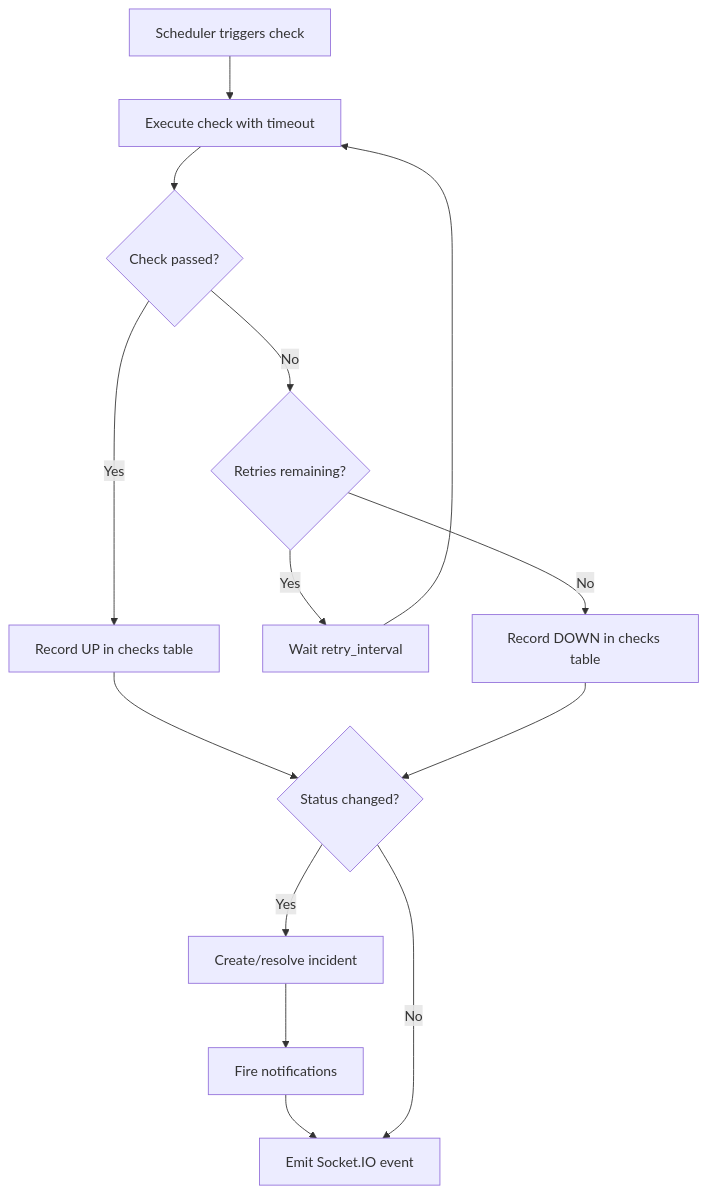
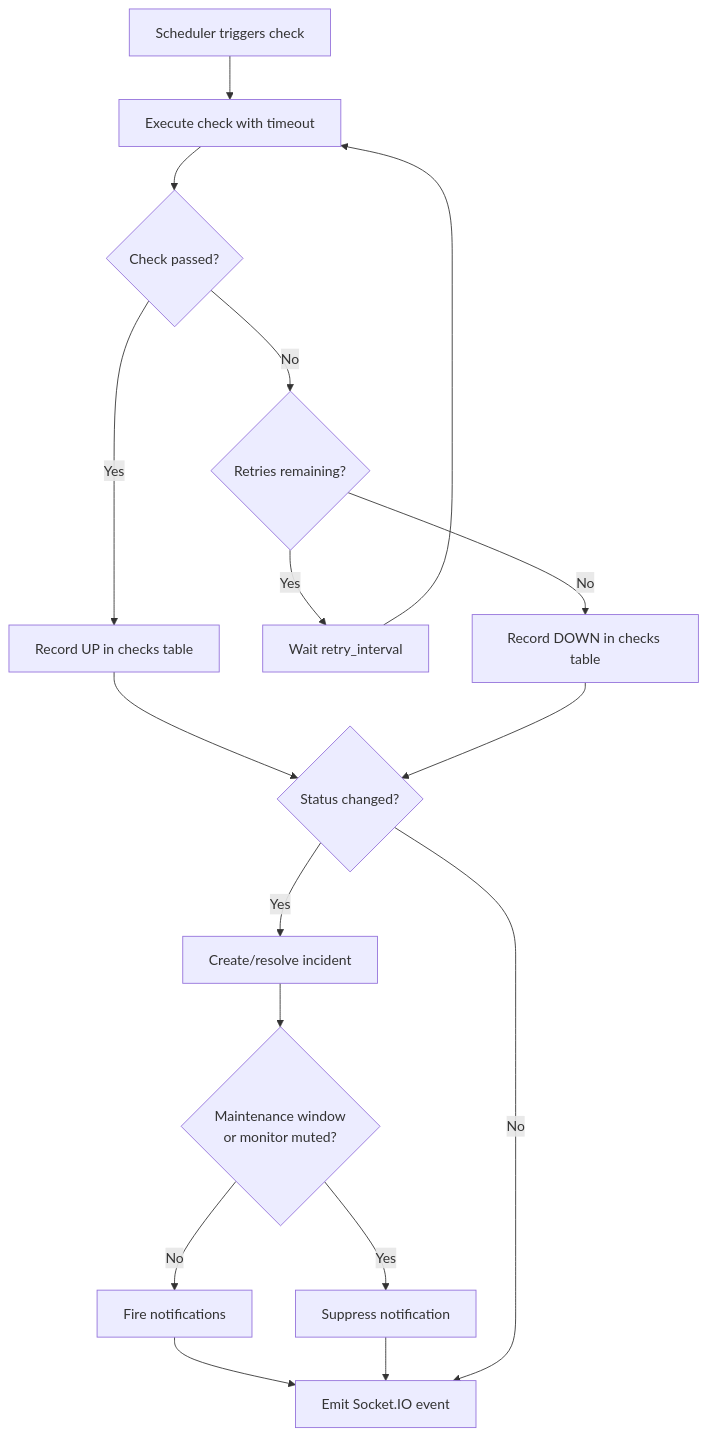
The second of 3 diagrams in docs/architecture.md (Kyngo/uptime-detective), drawn with Mermaid before and after one commit. The commit also changed other lines of this file and 62 other files, not shown here.

````diff
--- a/docs/architecture.md
+++ b/docs/architecture.md
@@ -55,15 +63,18 @@
 ```mermaid
 flowchart TD
     A[Scheduler triggers check] --> B[Execute check with timeout]
     B --> C{Check passed?}
     C -->|Yes| D[Record UP in checks table]
     C -->|No| E{Retries remaining?}
     E -->|Yes| F[Wait retry_interval] --> B
     E -->|No| G[Record DOWN in checks table]
     D --> H{Status changed?}
     G --> H
     H -->|Yes| I[Create/resolve incident]
-    I --> J[Fire notifications]
+    I --> M{Maintenance window<br/>or monitor muted?}
+    M -->|Yes| N[Suppress notification]
+    M -->|No| J[Fire notifications]
     J --> K[Emit Socket.IO event]
+    N --> K
     H -->|No| K
 ```
````
